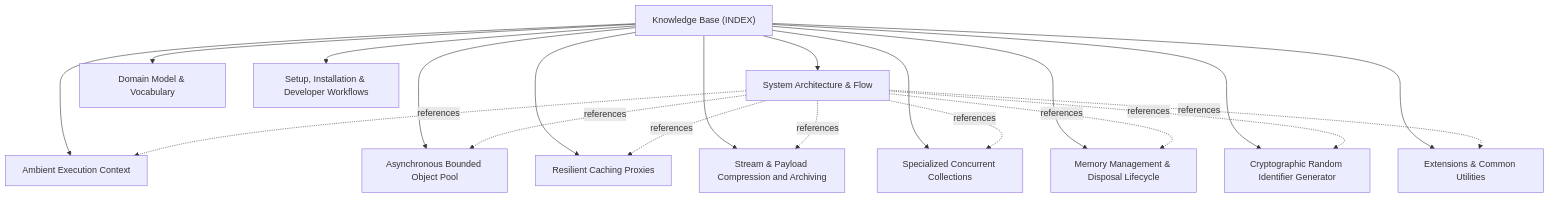
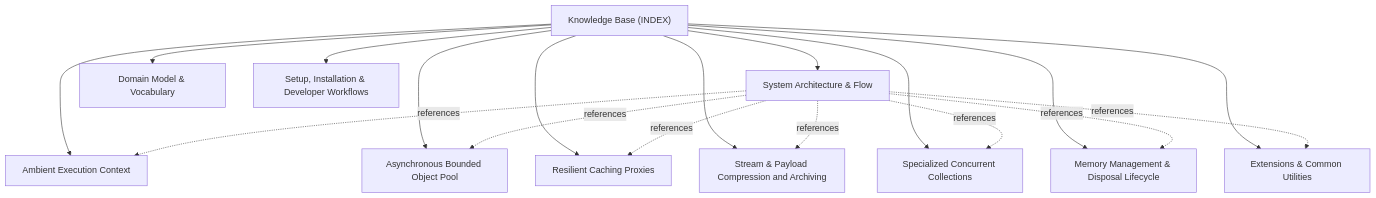
One commit to actdim/practix changed the diagram in ActDim.Practix.Common/docs/INDEX.md. Above: the diagram before and after it, drawn with Mermaid. The commit also changed other lines of this file and 247 other files, not shown here.

````diff
--- a/ActDim.Practix.Common/docs/INDEX.md
+++ b/ActDim.Practix.Common/docs/INDEX.md
@@ -18,34 +18,31 @@
 ```mermaid
 flowchart TD
     INDEX["Knowledge Base (INDEX)"]
     T_AMBIENT_CONTEXT["Ambient Execution Context"]
     INDEX --> T_AMBIENT_CONTEXT
     T_ARCHITECTURE["System Architecture & Flow"]
     INDEX --> T_ARCHITECTURE
     T_ASYNC_OBJECT_POOL["Asynchronous Bounded Object Pool"]
     INDEX --> T_ASYNC_OBJECT_POOL
     T_CACHING_PROXIES["Resilient Caching Proxies"]
     INDEX --> T_CACHING_PROXIES
     T_COMPRESSION_AND_ARCHIVES["Stream & Payload Compression and Archiving"]
     INDEX --> T_COMPRESSION_AND_ARCHIVES
     T_CONCURRENT_COLLECTIONS["Specialized Concurrent Collections"]
     INDEX --> T_CONCURRENT_COLLECTIONS
     T_DOMAIN_MODEL["Domain Model & Vocabulary"]
     INDEX --> T_DOMAIN_MODEL
     T_EXTENSIONS_AND_UTILITIES["Extensions & Common Utilities"]
     INDEX --> T_EXTENSIONS_AND_UTILITIES
     T_MEMORY_AND_DISPOSAL["Memory Management & Disposal Lifecycle"]
     INDEX --> T_MEMORY_AND_DISPOSAL
-    T_RANDOM_ID["Cryptographic Random Identifier Generator"]
-    INDEX --> T_RANDOM_ID
     T_SETUP_AND_WORKFLOW["Setup, Installation & Developer Workflows"]
     INDEX --> T_SETUP_AND_WORKFLOW
     T_ARCHITECTURE -.->|references| T_AMBIENT_CONTEXT
     T_ARCHITECTURE -.->|references| T_ASYNC_OBJECT_POOL
     T_ARCHITECTURE -.->|references| T_CACHING_PROXIES
     T_ARCHITECTURE -.->|references| T_COMPRESSION_AND_ARCHIVES
     T_ARCHITECTURE -.->|references| T_CONCURRENT_COLLECTIONS
     T_ARCHITECTURE -.->|references| T_MEMORY_AND_DISPOSAL
-    T_ARCHITECTURE -.->|references| T_RANDOM_ID
     T_ARCHITECTURE -.->|references| T_EXTENSIONS_AND_UTILITIES
 ```
````
